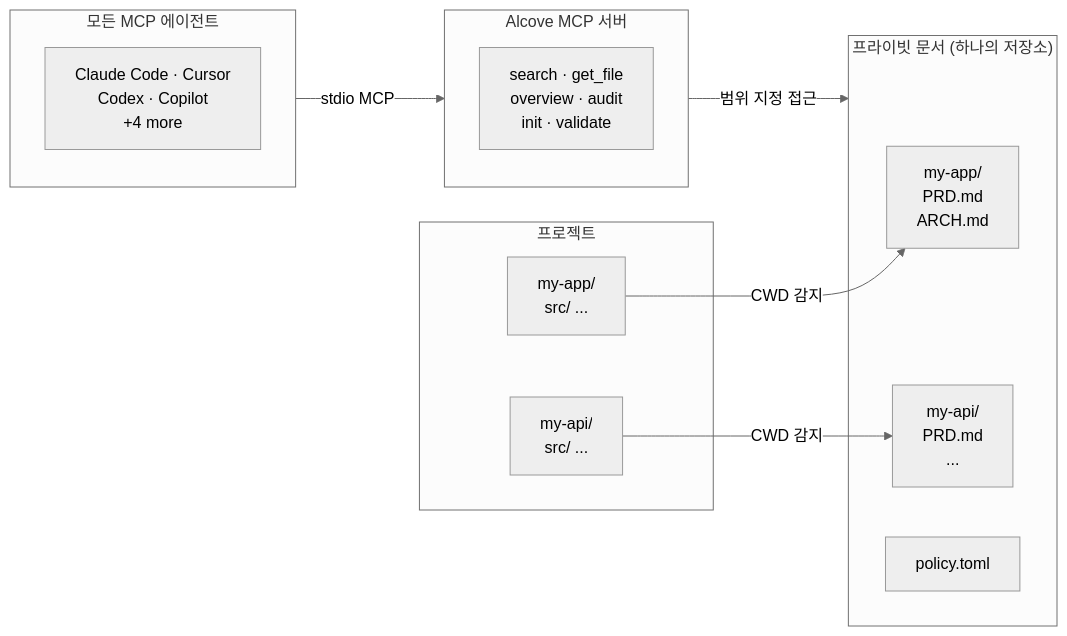
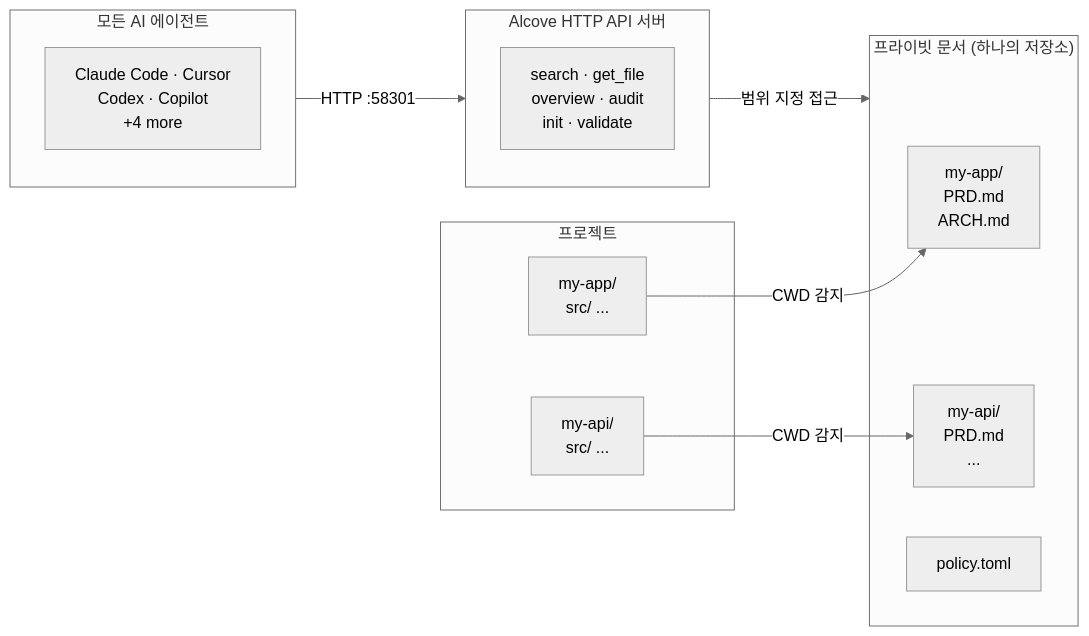
The diagram in docs/README.ko.md (epicsagas/alcove), drawn with Mermaid (neutral theme) before and after one commit. The commit also changed other lines of this file and 11 other files, not shown here.

Commit message:
fix(skill): rename MCP section to API Proxy

````diff
--- a/docs/README.ko.md
+++ b/docs/README.ko.md
@@ -284,26 +286,26 @@
 ```mermaid
 flowchart LR
     subgraph Projects["프로젝트"]
         A1["my-app/\n  src/ ..."]
         A2["my-api/\n  src/ ..."]
     end
 
     subgraph Docs["프라이빗 문서 (하나의 저장소)"]
         D1["my-app/\n  PRD.md\n  ARCH.md"]
         D2["my-api/\n  PRD.md\n  ..."]
         P1["policy.toml"]
     end
 
-    subgraph Agents["모든 MCP 에이전트"]
+    subgraph Agents["모든 AI 에이전트"]
         AG["Claude Code · Cursor\nCodex · Copilot\n+4 more"]
     end
 
-    subgraph MCP["Alcove MCP 서버"]
+    subgraph API["Alcove HTTP API 서버"]
         T["search · get_file\noverview · audit\ninit · validate"]
     end
 
     A1 -- "CWD 감지" --> D1
     A2 -- "CWD 감지" --> D2
-    Agents -- "stdio MCP" --> MCP
-    MCP -- "범위 지정 접근" --> Docs
+    Agents -- "HTTP :58301" --> API
+    API -- "범위 지정 접근" --> Docs
 ```
````
